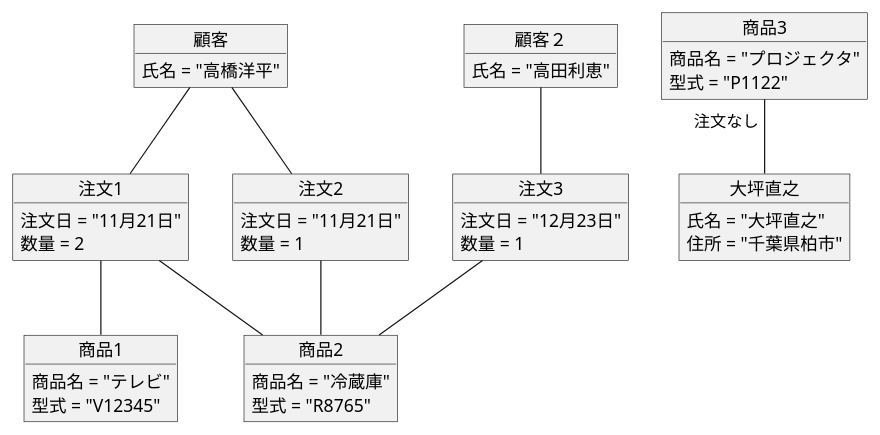
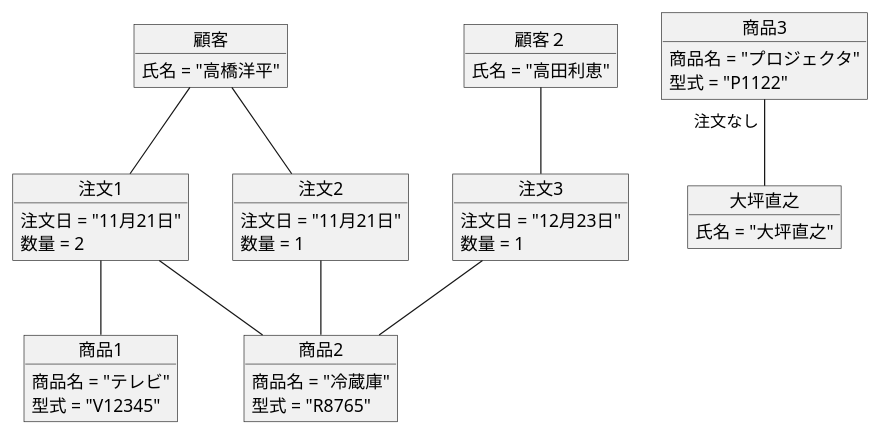
The diagram in 演習3-7_OBJ_注文のオブジェクト図.pu (igarashi0422/uml-intro), drawn with PlantUML before and after one commit.

```diff
--- a/演習3-7_OBJ_注文のオブジェクト図.pu
+++ b/演習3-7_OBJ_注文のオブジェクト図.pu
@@ -1,58 +1,57 @@
 @startuml 演習３－７
 
 object "顧客" as customer1 {
   氏名 = "高橋洋平"
 }
 
 object "商品1" as product1 {
   商品名 = "テレビ"
   型式 = "V12345"
 }
 
 object "商品2" as product2 {
   商品名 = "冷蔵庫"
   型式 = "R8765"
 }
 
 object "注文1" as order1 {
   注文日 = "11月21日"
   数量 = 2
 }
 
 object "注文2" as order2 {
   注文日 = "11月21日"
   数量 = 1
 }
 
 object "顧客２" as customer2 {
   氏名 = "高田利恵"
 }
 
 object "注文3" as order3 {
   注文日 = "12月23日"
   数量 = 1
 }
 
 object "大坪直之" as customer3 {
   氏名 = "大坪直之"
-  住所 = "千葉県柏市"
 }
 
 object "商品3" as product3 {
   商品名 = "プロジェクタ"
   型式 = "P1122"
 }
 
 order1 -- product1
 order1 -- product2
 customer1 -- order1
 
 order2 -- product2
 customer1 -- order2
 
 order3 -- product2
 customer2 -- order3
 
 product3 "注文なし"-- customer3
 
 @enduml
```
